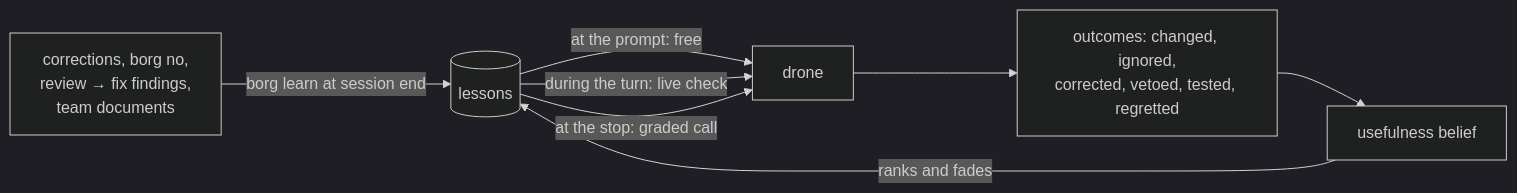
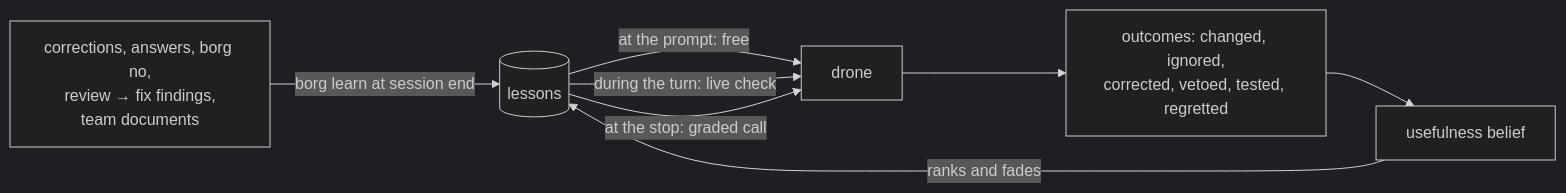
The first of 2 diagrams in README.md (debe/borg_ai), drawn with Mermaid (dark theme) before and after one commit. The commit also changed other lines of this file and 41 other files, not shown here.

First line of the commit message:
0.7.2: corrections and answers come from every harness's own transcript

````diff
--- a/README.md
+++ b/README.md
@@ -96,10 +96,10 @@
 ```mermaid
 flowchart LR
-  S["corrections, borg no,<br/>review → fix findings,<br/>team documents"] -->|"borg learn at session end"| L[("lessons")]
+  S["corrections, answers, borg no,<br/>review → fix findings,<br/>team documents"] -->|"borg learn at session end"| L[("lessons")]
   L -->|"at the prompt: free"| D["drone"]
   L -->|"during the turn: live check"| D
   L -->|"at the stop: graded call"| D
   D --> O["outcomes: changed, ignored,<br/>corrected, vetoed, tested, regretted"]
   O --> B["usefulness belief"]
   B -->|"ranks and fades"| L
 ```
````
